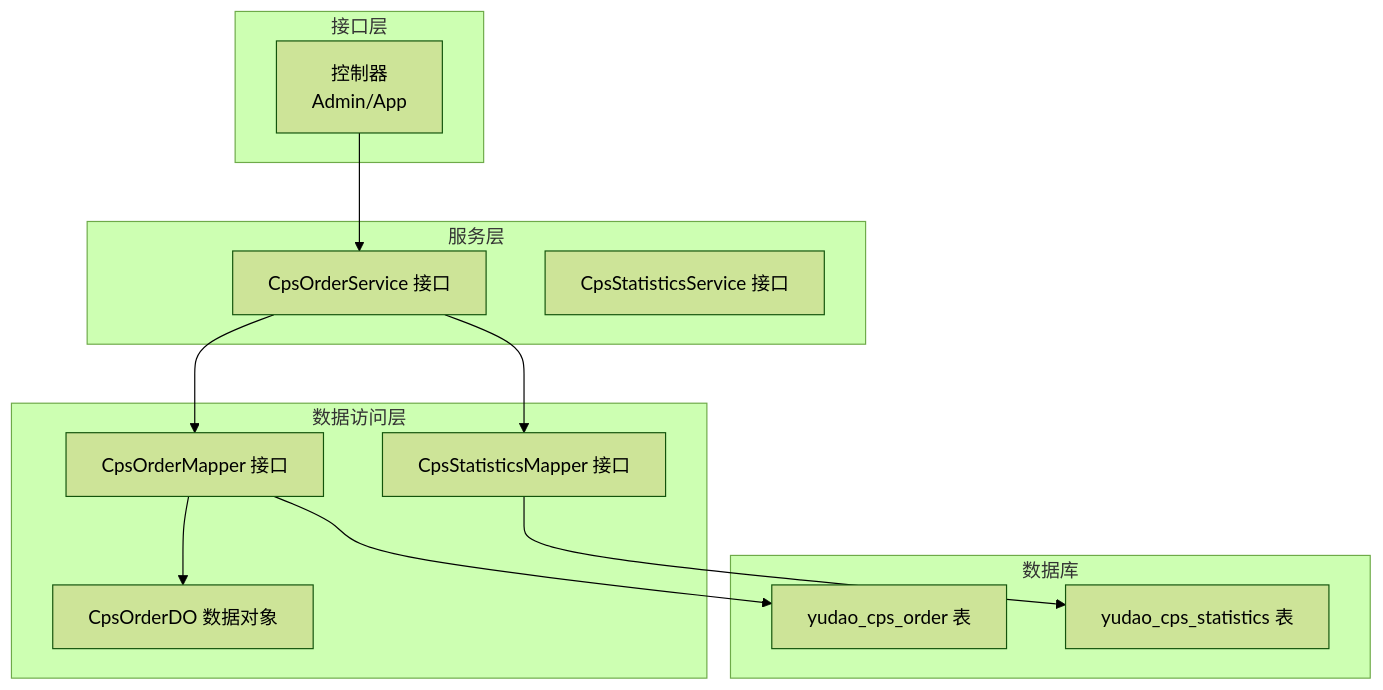
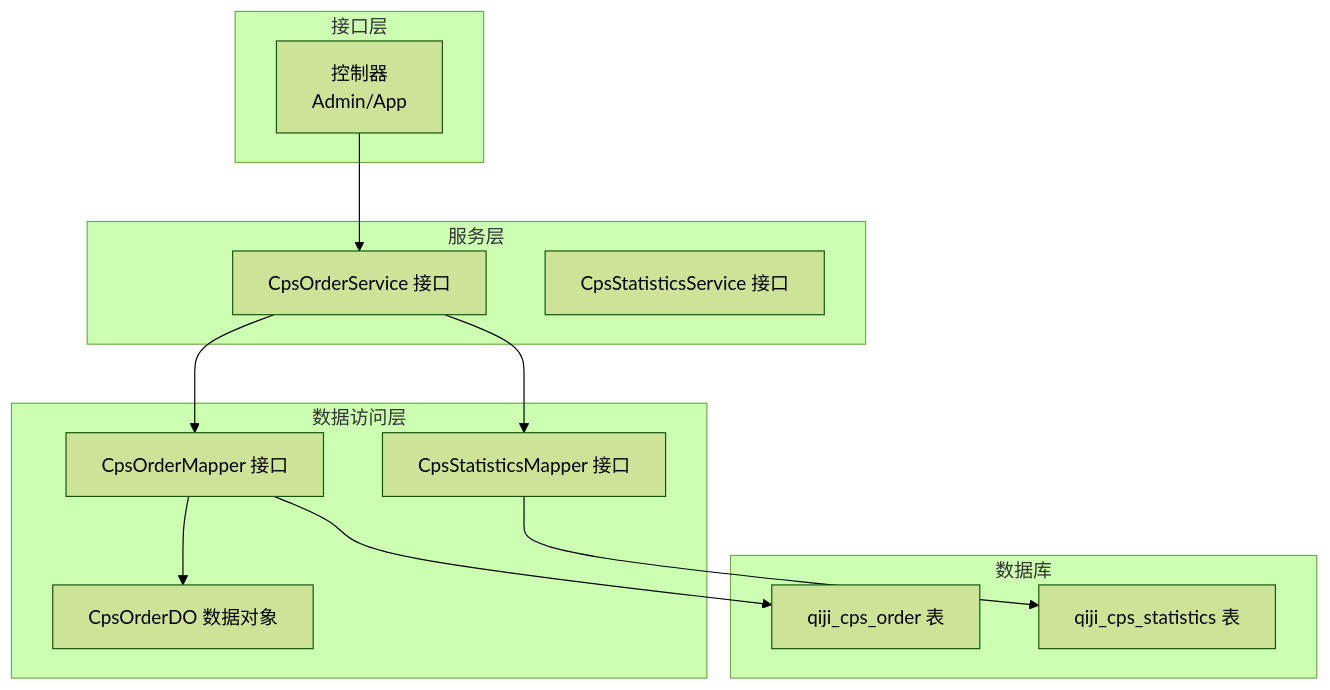
The first of 5 diagrams in backend/.qoder/repowiki/zh/content/数据库设计/数据库性能优化.md (zhuangpengLI/AgenticCPS), drawn with Mermaid (forest theme) before and after one commit. The commit also changed other lines of this file and 3489 other files, not shown here.

````diff
--- a/backend/.qoder/repowiki/zh/content/数据库设计/数据库性能优化.md
+++ b/backend/.qoder/repowiki/zh/content/数据库设计/数据库性能优化.md
@@ -31,25 +31,25 @@
 ```mermaid
 graph TB
 subgraph "接口层"
 A["控制器<br/>Admin/App"]
 end
 subgraph "服务层"
 B["CpsOrderService 接口"]
 C["CpsStatisticsService 接口"]
 end
 subgraph "数据访问层"
 D["CpsOrderMapper 接口"]
 E["CpsStatisticsMapper 接口"]
 F["CpsOrderDO 数据对象"]
 end
 subgraph "数据库"
-G["yudao_cps_order 表"]
-H["yudao_cps_statistics 表"]
+G["qiji_cps_order 表"]
+H["qiji_cps_statistics 表"]
 end
 A --> B
 B --> D
 B --> E
 D --> F
 D --> G
 E --> H
 ```
````
